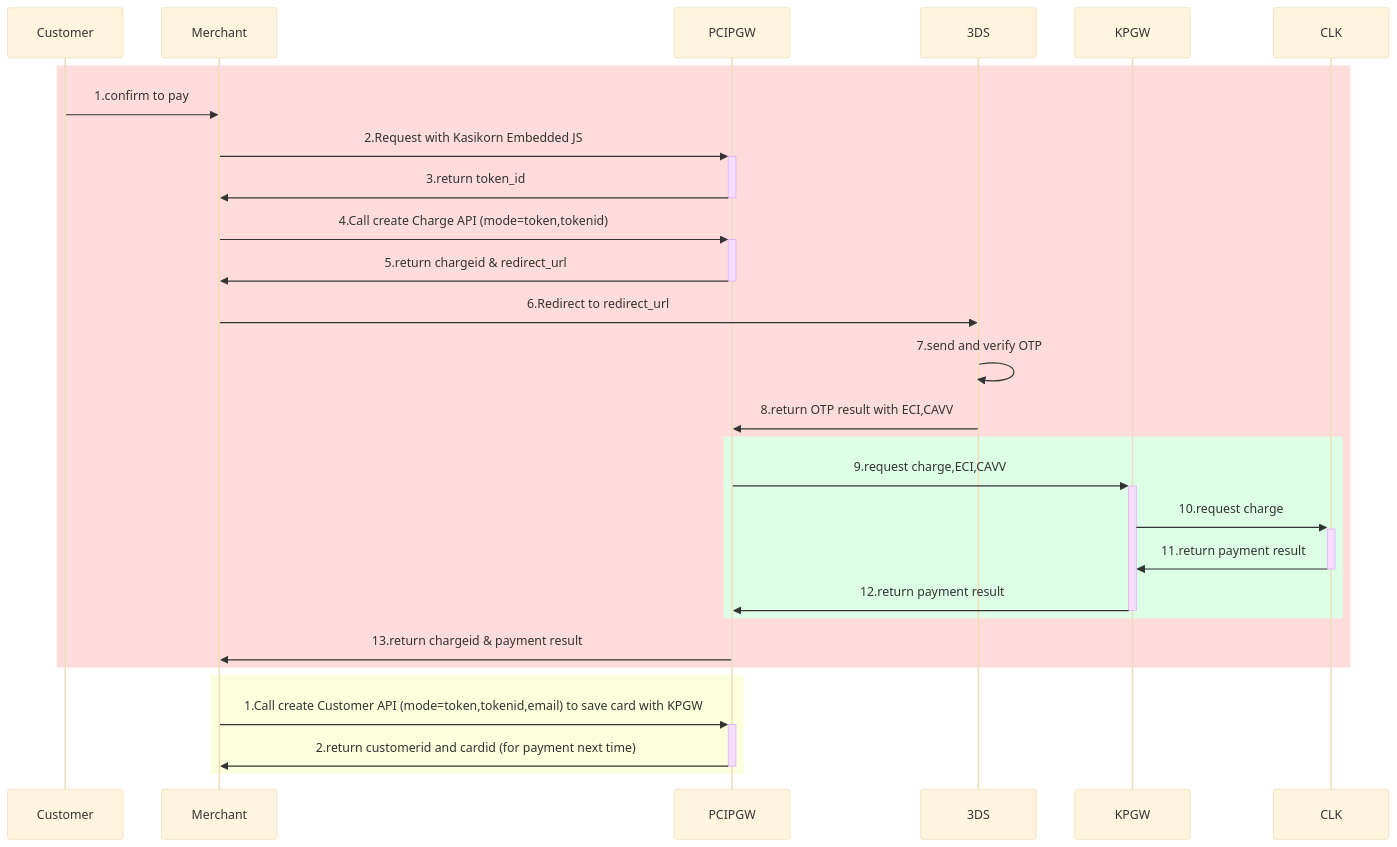
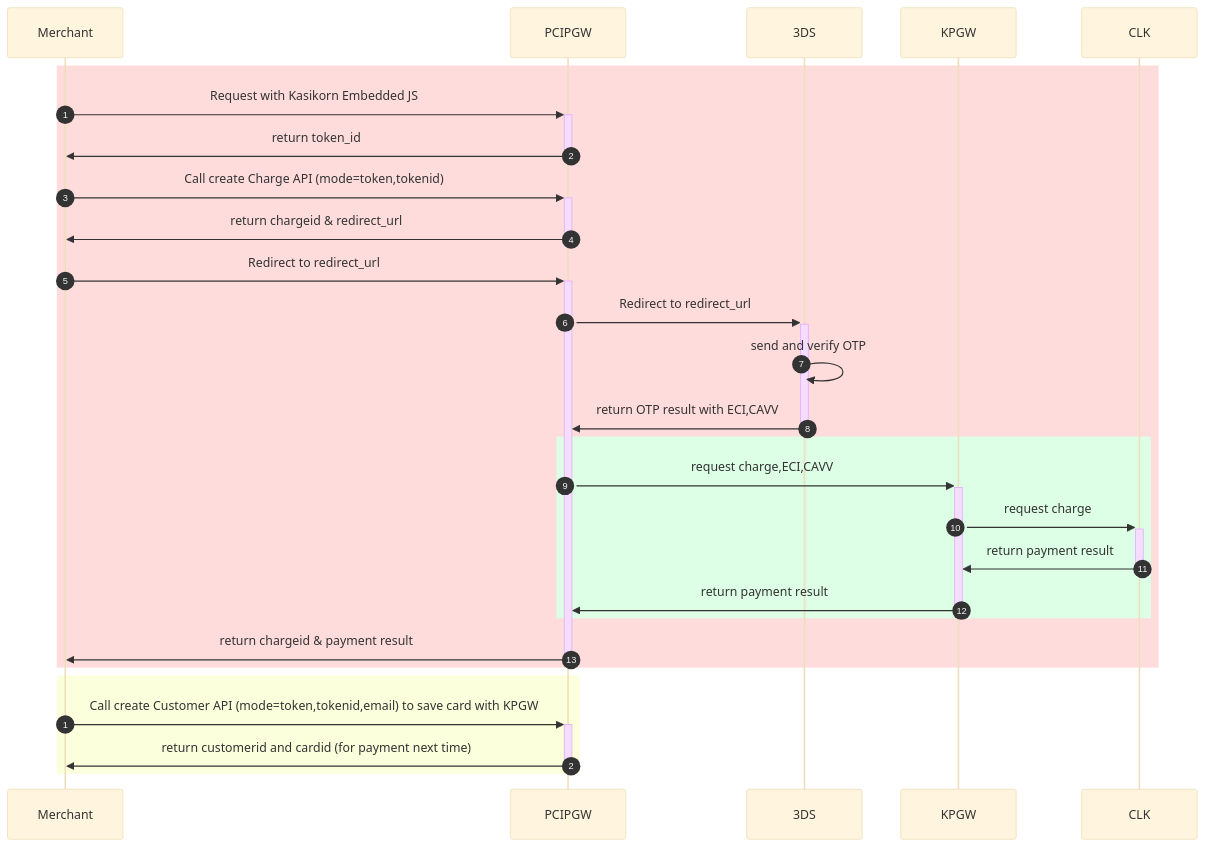
Before and after one commit to yuusuke25/MyNotes: the first of 6 diagrams in Cybs-Ph2-Flow1.md, drawn with Mermaid (base theme). The commit also changed other lines of this file, not shown here.

````diff
--- a/Cybs-Ph2-Flow1.md
+++ b/Cybs-Ph2-Flow1.md
@@ -2,31 +2,33 @@
 ```mermaid
     sequenceDiagram
+    autonumber
         rect rgb(255, 220, 220)
-            Customer->>Merchant:1.confirm to pay
-            Merchant->>+PCIPGW:2.Request with Kasikorn Embedded JS
-            PCIPGW->>-Merchant:3.return token_id
+            %% Customer->>Merchant:confirm to pay
+            Merchant->>+PCIPGW:Request with Kasikorn Embedded JS
+            PCIPGW->>-Merchant:return token_id
 
-            Merchant->>+PCIPGW:4.Call create Charge API (mode=token,tokenid)
-            PCIPGW->>-Merchant:5.return chargeid & redirect_url
+            Merchant->>+PCIPGW:Call create Charge API (mode=token,tokenid)
+            PCIPGW->>-Merchant:return chargeid & redirect_url
 
 
-            Merchant->>3DS:6.Redirect to redirect_url
-            3DS->>3DS:7.send and verify OTP
-            3DS->>PCIPGW:8.return OTP result with ECI,CAVV
+            Merchant->>+PCIPGW:Redirect to redirect_url
+            PCIPGW->>+3DS:Redirect to redirect_url
+            3DS->>3DS:send and verify OTP
+            3DS->>-PCIPGW:return OTP result with ECI,CAVV
 
             rect rgb(220, 255, 229)
-                PCIPGW->>+KPGW:9.request charge,ECI,CAVV
-                KPGW->>+CLK:10.request charge
-                CLK->>-KPGW:11.return payment result
-                KPGW->>-PCIPGW:12.return payment result
+                PCIPGW->>+KPGW:request charge,ECI,CAVV
+                KPGW->>+CLK:request charge
+                CLK->>-KPGW:return payment result
+                KPGW->>-PCIPGW:return payment result
             end
 
-            PCIPGW->>Merchant:13.return chargeid & payment result
+            PCIPGW->>-Merchant:return chargeid & payment result
         end
-        
+        autonumber 1
         rect rgb(252, 255, 220)
-            Merchant->>+PCIPGW:1.Call create Customer API (mode=token,tokenid,email) to save card with KPGW
-            PCIPGW->>-Merchant:2.return customerid and cardid (for payment next time)
+            Merchant->>+PCIPGW:Call create Customer API (mode=token,tokenid,email) to save card with KPGW
+            PCIPGW->>-Merchant:return customerid and cardid (for payment next time)
         end
 
 ```
````
